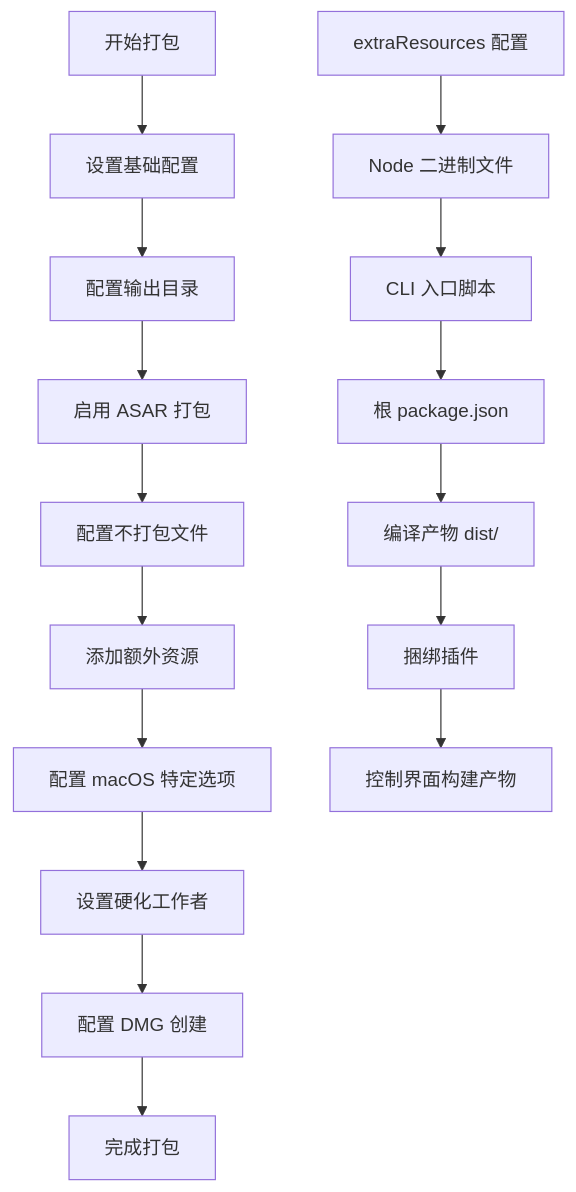
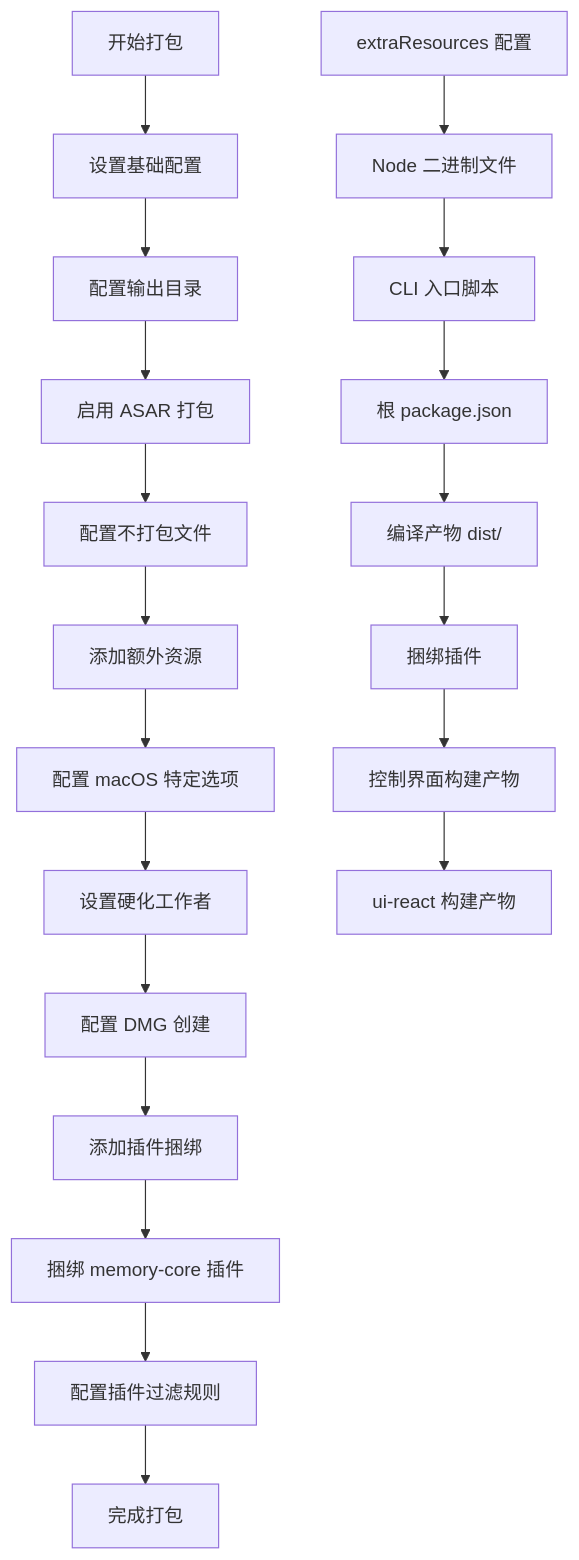
The fifth of 8 diagrams in .qoder/repowiki/zh/content/Electron Packaging Configuration.md (verse-ai-org/openclaw), drawn with Mermaid before and after one commit. The commit also changed other lines of this file and 9 other files, not shown here.

````diff
--- a/.qoder/repowiki/zh/content/Electron Packaging Configuration.md
+++ b/.qoder/repowiki/zh/content/Electron Packaging Configuration.md
@@ -192,18 +224,22 @@
 ```mermaid
 flowchart TD
 A[开始打包] --> B[设置基础配置]
 B --> C[配置输出目录]
 C --> D[启用 ASAR 打包]
 D --> E[配置不打包文件]
 E --> F[添加额外资源]
 F --> G[配置 macOS 特定选项]
 G --> H[设置硬化工作者]
 H --> I[配置 DMG 创建]
-I --> J[完成打包]
-K[extraResources 配置] --> L[Node 二进制文件]
-L --> M[CLI 入口脚本]
-M --> N[根 package.json]
-N --> O[编译产物 dist/]
-O --> P[捆绑插件]
-P --> Q[控制界面构建产物]
+I --> J[添加插件捆绑]
+J --> K[捆绑 memory-core 插件]
+K --> L[配置插件过滤规则]
+L --> M[完成打包]
+N[extraResources 配置] --> O[Node 二进制文件]
+O --> P[CLI 入口脚本]
+P --> Q[根 package.json]
+Q --> R[编译产物 dist/]
+R --> S[捆绑插件]
+S --> T[控制界面构建产物]
+T --> U[ui-react 构建产物]
 ```
````
